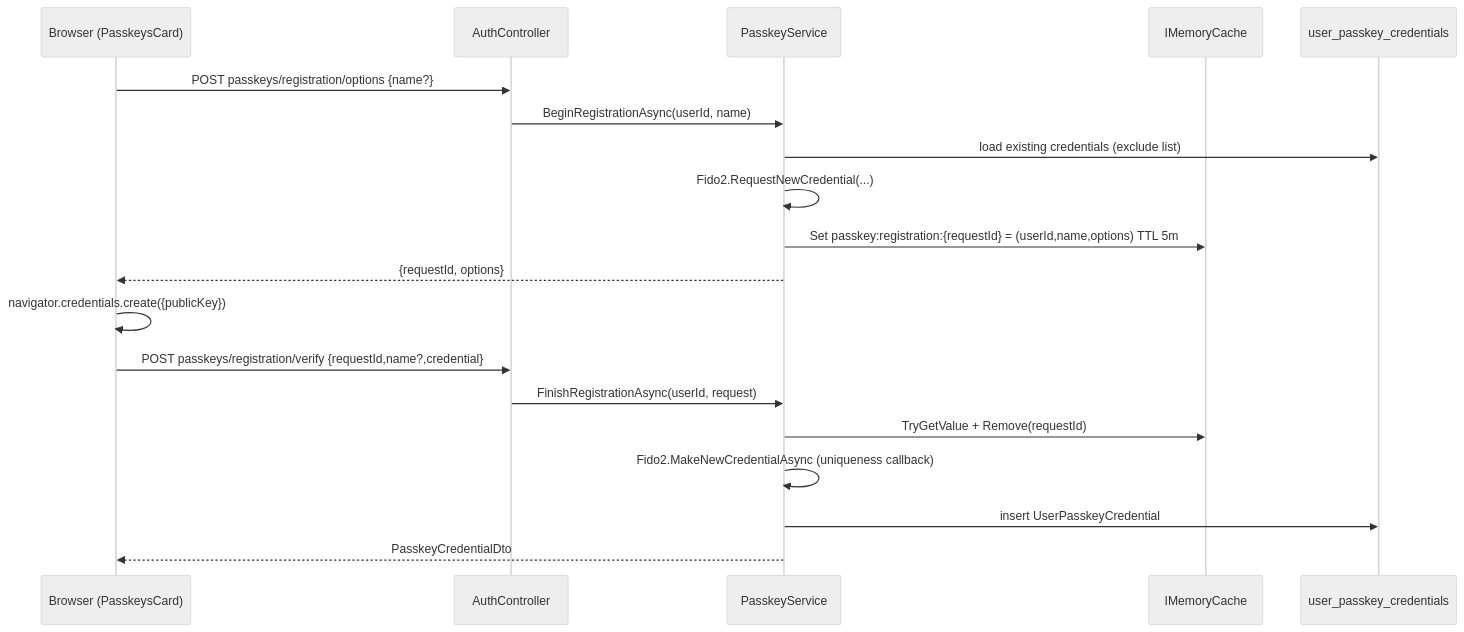
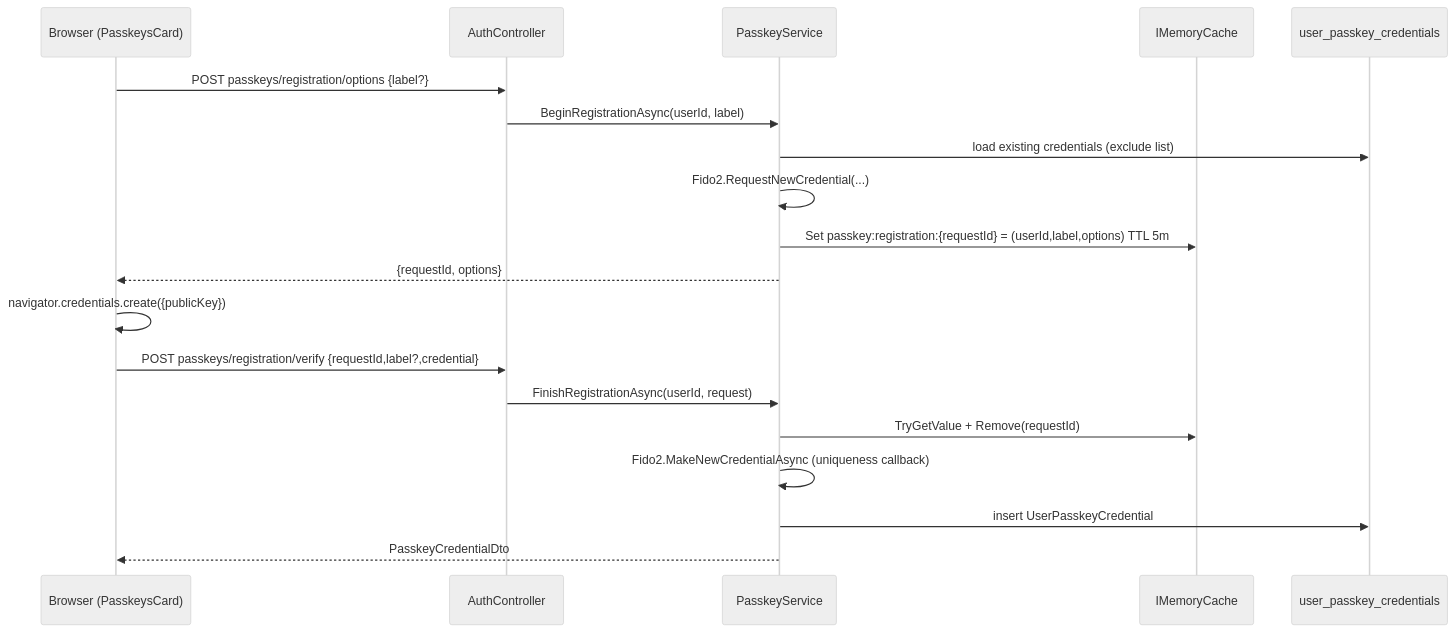
The second of 5 diagrams in docs/technical/14-passkeys-oidc.md (bvdcode/cotton), drawn with Mermaid (neutral theme) before and after one commit. The commit also changed other lines of this file and 3 other files, not shown here.

Commit message:
docs: align passkey labels and registration flow

````diff
--- a/docs/technical/14-passkeys-oidc.md
+++ b/docs/technical/14-passkeys-oidc.md
@@ -84,22 +82,22 @@
 ```mermaid
 sequenceDiagram
   participant B as Browser (PasskeysCard)
   participant API as AuthController
   participant S as PasskeyService
   participant Cache as IMemoryCache
   participant DB as user_passkey_credentials
 
-  B->>API: POST passkeys/registration/options {name?}
-  API->>S: BeginRegistrationAsync(userId, name)
+  B->>API: POST passkeys/registration/options {label?}
+  API->>S: BeginRegistrationAsync(userId, label)
   S->>DB: load existing credentials (exclude list)
   S->>S: Fido2.RequestNewCredential(...)
-  S->>Cache: Set passkey:registration:{requestId} = (userId,name,options) TTL 5m
+  S->>Cache: Set passkey:registration:{requestId} = (userId,label,options) TTL 5m
   S-->>B: {requestId, options}
   B->>B: navigator.credentials.create({publicKey})
-  B->>API: POST passkeys/registration/verify {requestId,name?,credential}
+  B->>API: POST passkeys/registration/verify {requestId,label?,credential}
   API->>S: FinishRegistrationAsync(userId, request)
   S->>Cache: TryGetValue + Remove(requestId)
   S->>S: Fido2.MakeNewCredentialAsync (uniqueness callback)
   S->>DB: insert UserPasskeyCredential
   S-->>B: PasskeyCredentialDto
 ```
````
